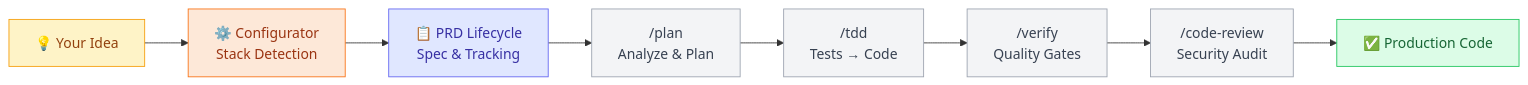
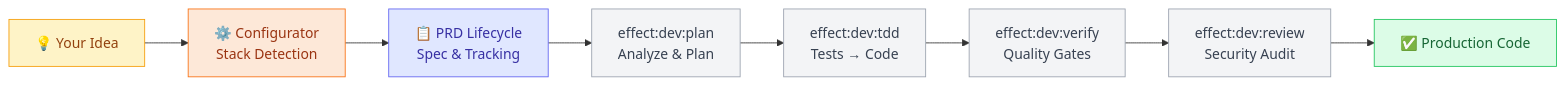
One commit to aslomon/effectum changed the first of 2 diagrams in README.md. Above: the diagram before and after it, drawn with Mermaid. The commit also changed other lines of this file and 28 other files, not shown here.

````diff
--- a/README.md
+++ b/README.md
@@ -169,19 +169,19 @@
 ```mermaid
 graph LR
     A["💡 Your Idea"] --> B["⚙️ Configurator\nStack Detection"]
     B --> C["📋 PRD Lifecycle\nSpec & Tracking"]
-    C --> D["/plan\nAnalyze & Plan"]
-    D --> E["/tdd\nTests → Code"]
-    E --> F["/verify\nQuality Gates"]
-    F --> G["/code-review\nSecurity Audit"]
+    C --> D["effect:dev:plan\nAnalyze & Plan"]
+    D --> E["effect:dev:tdd\nTests → Code"]
+    E --> F["effect:dev:verify\nQuality Gates"]
+    F --> G["effect:dev:review\nSecurity Audit"]
     G --> H["✅ Production Code"]
 
     style A fill:#fef3c7,stroke:#f59e0b,color:#92400e
     style B fill:#fde8d8,stroke:#f97316,color:#9a3412
     style C fill:#e0e7ff,stroke:#6366f1,color:#3730a3
     style D fill:#f3f4f6,stroke:#9ca3af,color:#374151
     style E fill:#f3f4f6,stroke:#9ca3af,color:#374151
     style F fill:#f3f4f6,stroke:#9ca3af,color:#374151
     style G fill:#f3f4f6,stroke:#9ca3af,color:#374151
     style H fill:#dcfce7,stroke:#22c55e,color:#166534
 ```
````
